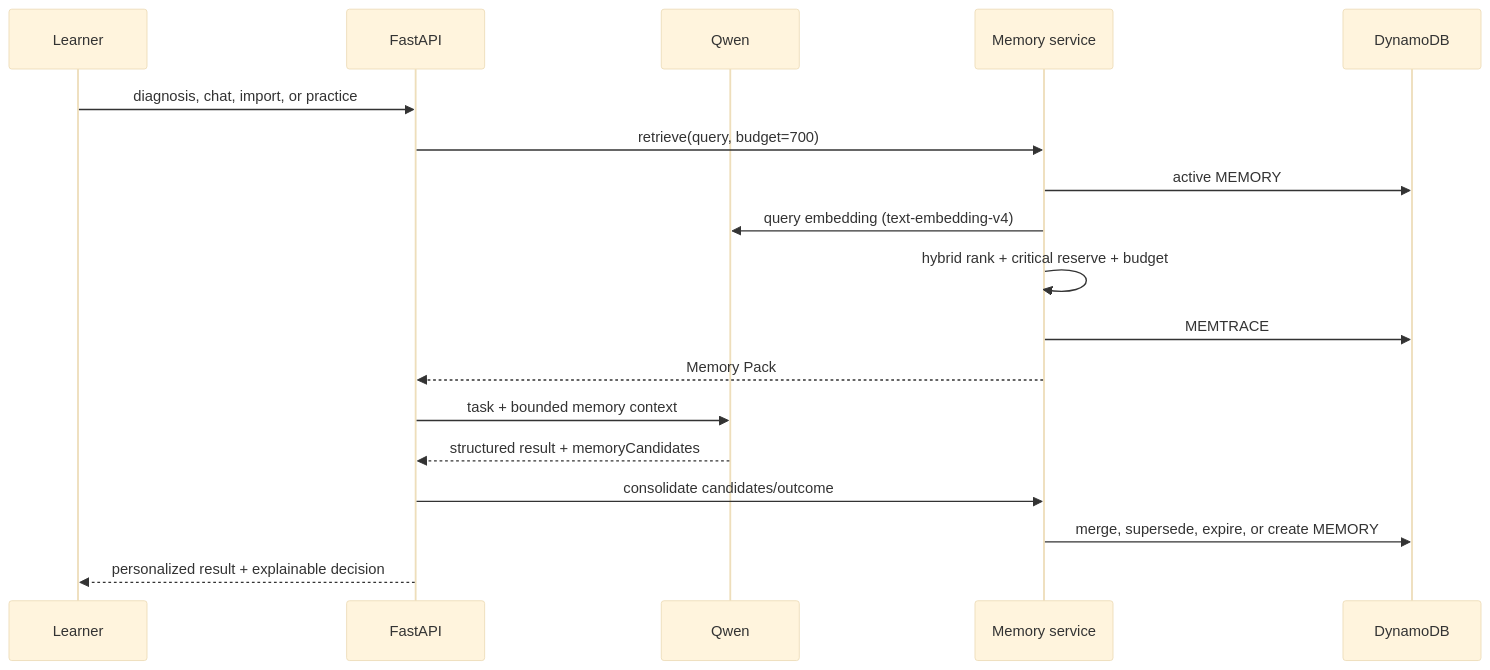
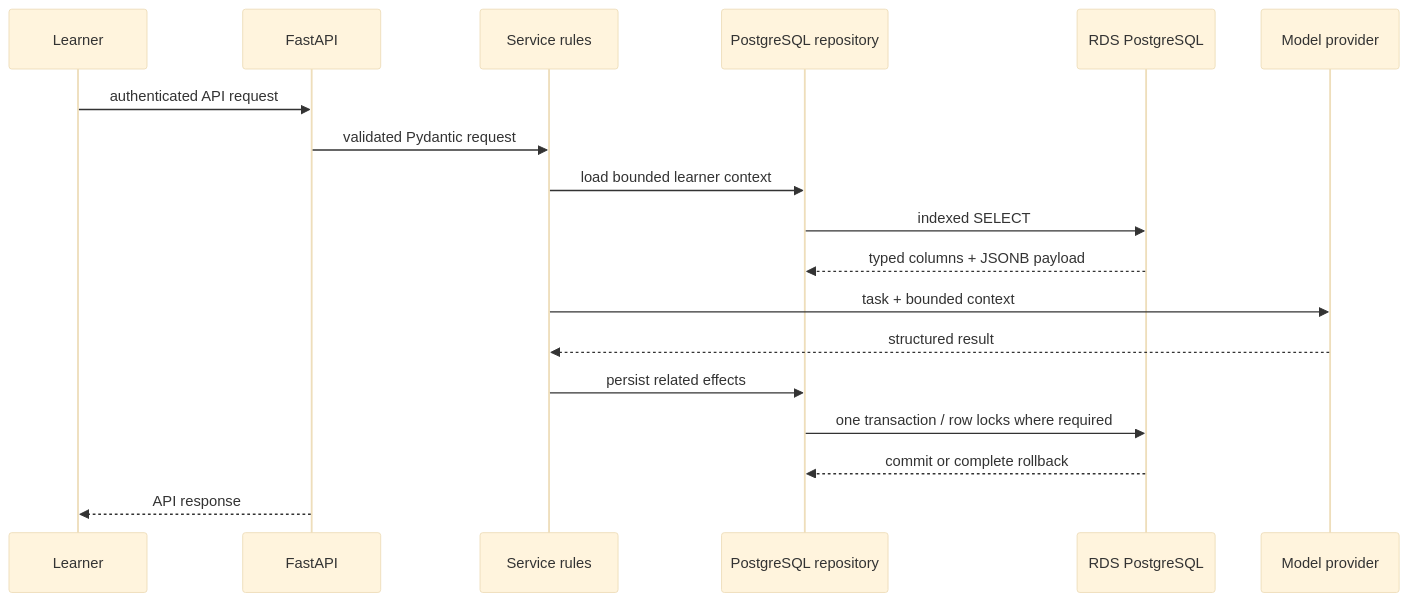
One commit to jinyu-cai/weakspot-english-coach changed the second of 2 diagrams in docs/ARCHITECTURE.md. Above: the diagram before and after it, drawn with Mermaid (base theme). The commit also changed other lines of this file and 80 other files, not shown here.

First line of the commit message:
Migrate learner storage from DynamoDB to RDS PostgreSQL

````diff
--- a/docs/ARCHITECTURE.md
+++ b/docs/ARCHITECTURE.md
@@ -53,21 +40,21 @@
 ```mermaid
 sequenceDiagram
     participant U as Learner
     participant A as FastAPI
-    participant Q as Qwen
-    participant M as Memory service
-    participant D as DynamoDB
+    participant S as Service rules
+    participant R as PostgreSQL repository
+    participant P as RDS PostgreSQL
+    participant M as Model provider
 
-    U->>A: diagnosis, chat, import, or practice
-    A->>M: retrieve(query, budget=700)
-    M->>D: active MEMORY# rows
-    M->>Q: query embedding (text-embedding-v4)
-    M->>M: hybrid rank + critical reserve + budget
-    M->>D: MEMTRACE# audit
-    M-->>A: Memory Pack
-    A->>Q: task + bounded memory context
-    Q-->>A: structured result + memoryCandidates
-    A->>M: consolidate candidates/outcome
-    M->>D: merge, supersede, expire, or create MEMORY#
-    A-->>U: personalized result + explainable decision
+    U->>A: authenticated API request
+    A->>S: validated Pydantic request
+    S->>R: load bounded learner context
+    R->>P: indexed SELECT
+    P-->>R: typed columns + JSONB payload
+    S->>M: task + bounded context
+    M-->>S: structured result
+    S->>R: persist related effects
+    R->>P: one transaction / row locks where required
+    P-->>R: commit or complete rollback
+    A-->>U: API response
 ```
````
